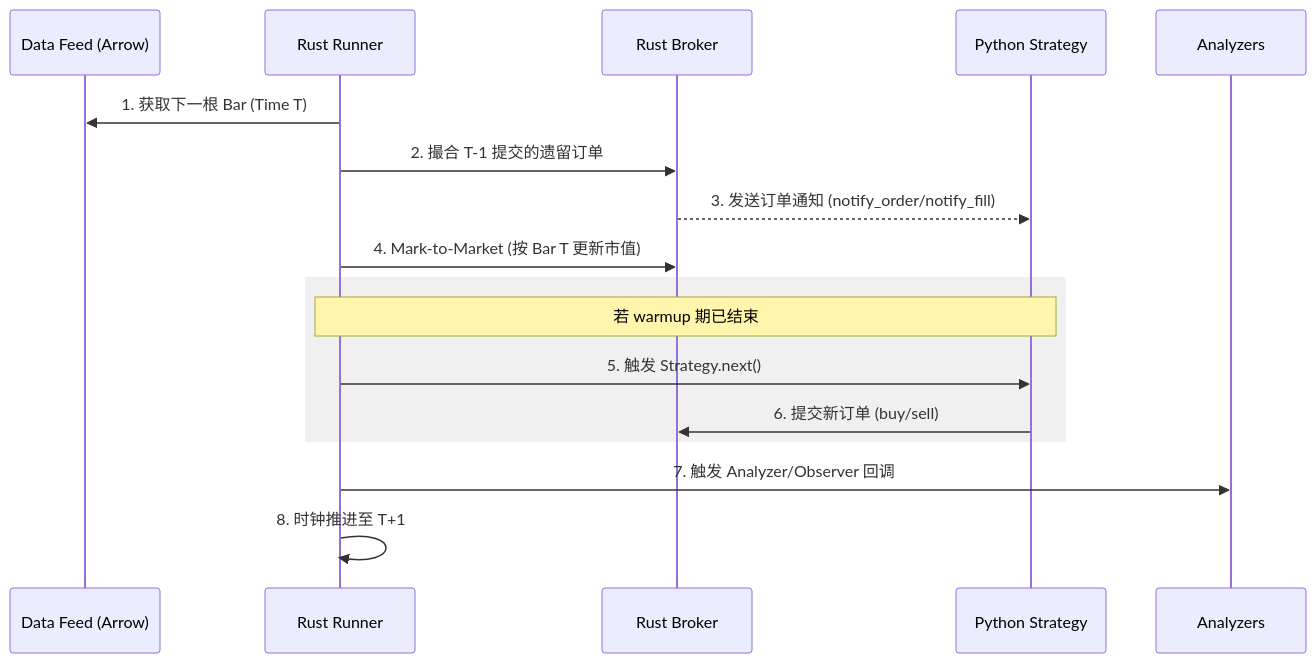
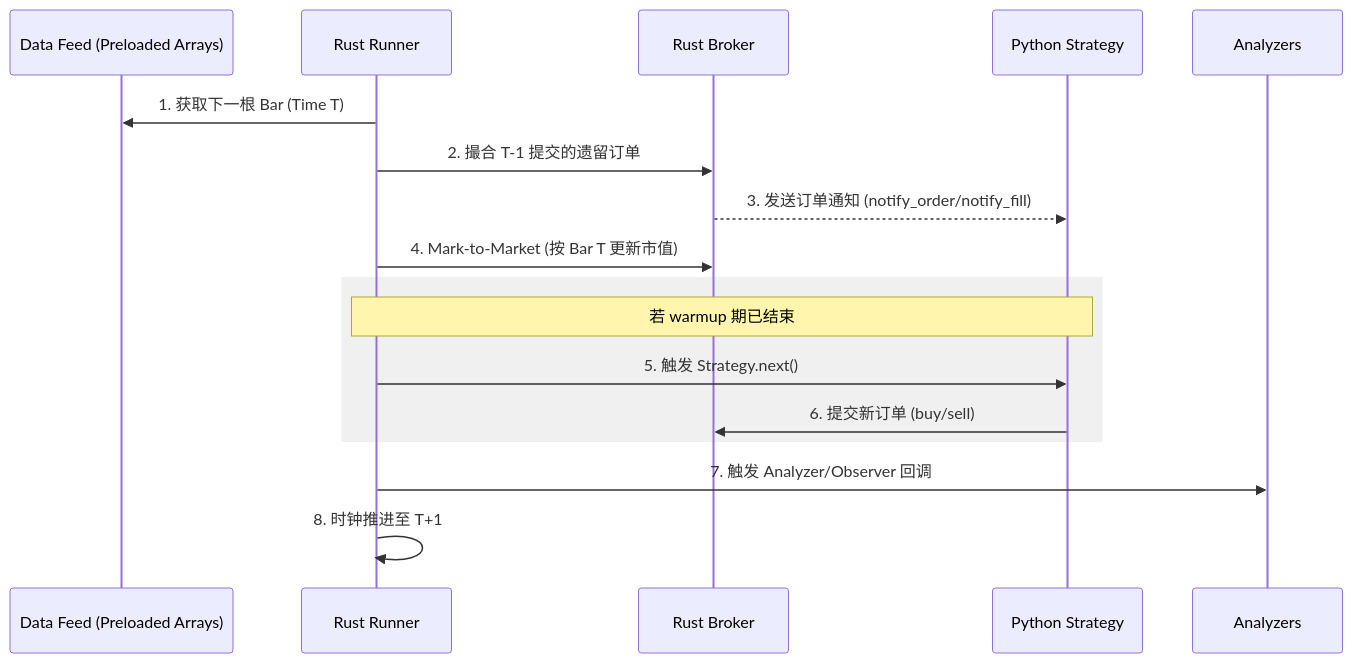
Before and after one commit to MuuYesen/trade-learn: the diagram in docs/internals/event-loop.md, drawn with Mermaid. The commit also changed other lines of this file and 23 other files, not shown here.

````diff
--- a/docs/internals/event-loop.md
+++ b/docs/internals/event-loop.md
@@ -11,22 +11,22 @@
 ```mermaid
 sequenceDiagram
-    participant D as Data Feed (Arrow)
+    participant D as Data Feed (Preloaded Arrays)
     participant R as Rust Runner
     participant B as Rust Broker
     participant P as Python Strategy
     participant A as Analyzers
 
     R->>D: 1. 获取下一根 Bar (Time T)
     R->>B: 2. 撮合 T-1 提交的遗留订单
     B-->>P: 3. 发送订单通知 (notify_order/notify_fill)
     R->>B: 4. Mark-to-Market (按 Bar T 更新市值)
 
     rect rgb(240, 240, 240)
     Note over R,P: 若 warmup 期已结束
     R->>P: 5. 触发 Strategy.next()
     P->>B: 6. 提交新订单 (buy/sell)
     end
 
     R->>A: 7. 触发 Analyzer/Observer 回调
     R->>R: 8. 时钟推进至 T+1
 ```
````
